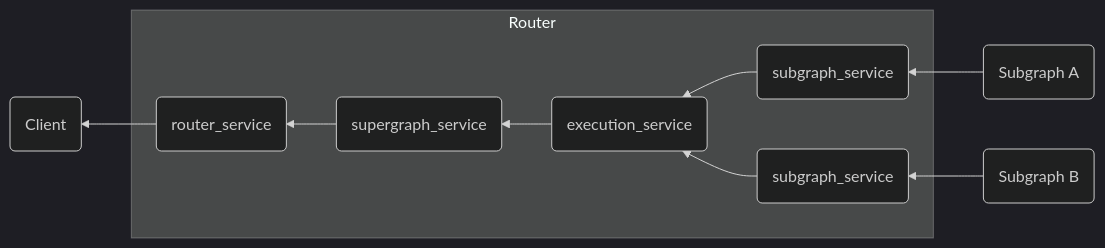
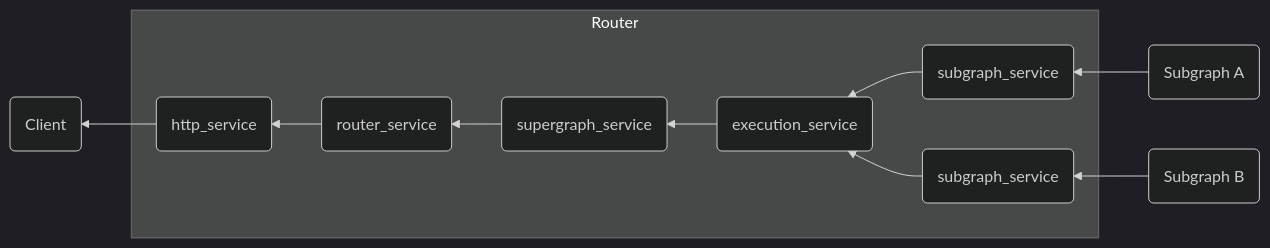
The third of 3 diagrams in docs/source/routing/customization/rhai/index.mdx (apollographql/router), drawn with Mermaid (dark theme) before and after one commit. The commit also changed other lines of this file and 13 other files, not shown here.

````diff
--- a/docs/source/routing/customization/rhai/index.mdx
+++ b/docs/source/routing/customization/rhai/index.mdx
@@ -295,21 +324,23 @@
     ```mermaid
     graph RL;
       client(Client);
       subgraph Router
       execution(execution_service);
       supergraph(supergraph_service);
       router(router_service);
+      http(http_service);
       subs_a(subgraph_service);
       subs_b(subgraph_service);
       end;
       sub_a(Subgraph A);
       sub_b(Subgraph B);
       sub_a --> subs_a;
       sub_b --> subs_b;
       subs_a --> execution;
       subs_b --> execution;
       execution --> supergraph;
       supergraph --> router;;
-      router --> client;
+      router --> http;
+      http --> client;
       class client,sub_a,sub_b secondary;
     ```
````
